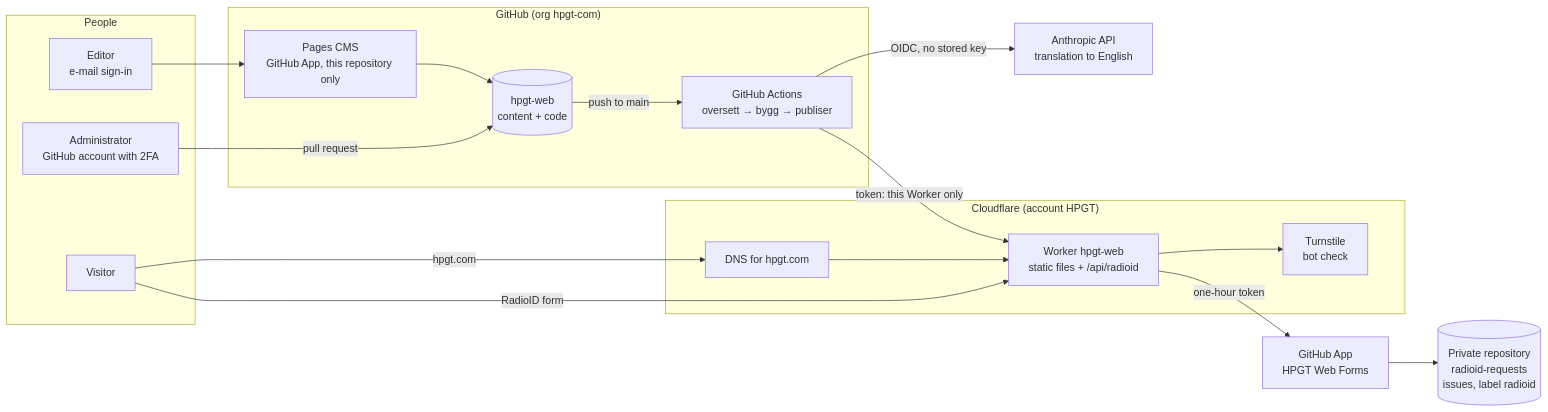
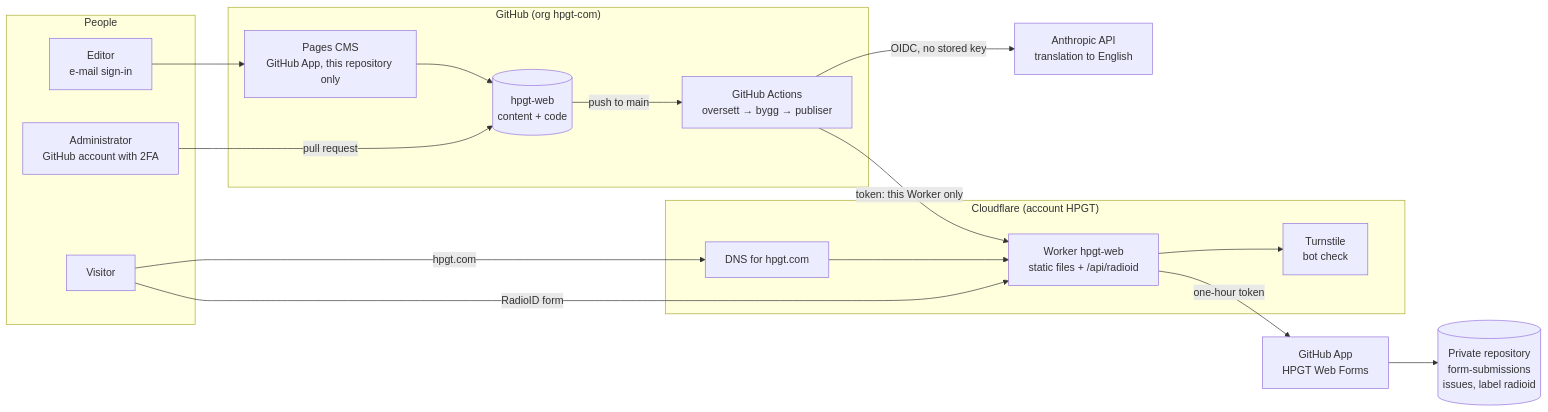
One commit to hpgt-com/hpgt-web changed the first of 3 diagrams in docs/architecture.md. Above: the diagram before and after it, drawn with Mermaid. The commit also changed other lines of this file and 8 other files, not shown here.

First line of the commit message:
Skjemaene sender til det private repoet form-submissions (ADR 0007) (#35)

````diff
--- a/docs/architecture.md
+++ b/docs/architecture.md
@@ -20,35 +20,35 @@
 ```mermaid
 flowchart LR
   subgraph People
     R[Editor<br/>e-mail sign-in]
     A[Administrator<br/>GitHub account with 2FA]
     B[Visitor]
   end
 
   subgraph GitHub["GitHub (org hpgt-com)"]
     CMS[Pages CMS<br/>GitHub App, this repository only]
     REPO[(hpgt-web<br/>content + code)]
     ACT[GitHub Actions<br/>oversett → bygg → publiser]
   end
 
-  ISS[(Private repository<br/>radioid-requests<br/>issues, label radioid)]
+  ISS[(Private repository<br/>form-submissions<br/>issues, label radioid)]
 
   subgraph Cloudflare["Cloudflare (account HPGT)"]
     W[Worker hpgt-web<br/>static files + /api/radioid]
     TS[Turnstile<br/>bot check]
     DNS[DNS for hpgt.com]
   end
 
   AN[Anthropic API<br/>translation to English]
   APP[GitHub App<br/>HPGT Web Forms]
 
   R --> CMS --> REPO
   A -- pull request --> REPO
   REPO -- push to main --> ACT
   ACT -- OIDC, no stored key --> AN
   ACT -- token: this Worker only --> W
   B -- hpgt.com --> DNS --> W
   B -- RadioID form --> W
   W --> TS
   W -- one-hour token --> APP --> ISS
 ```
````
